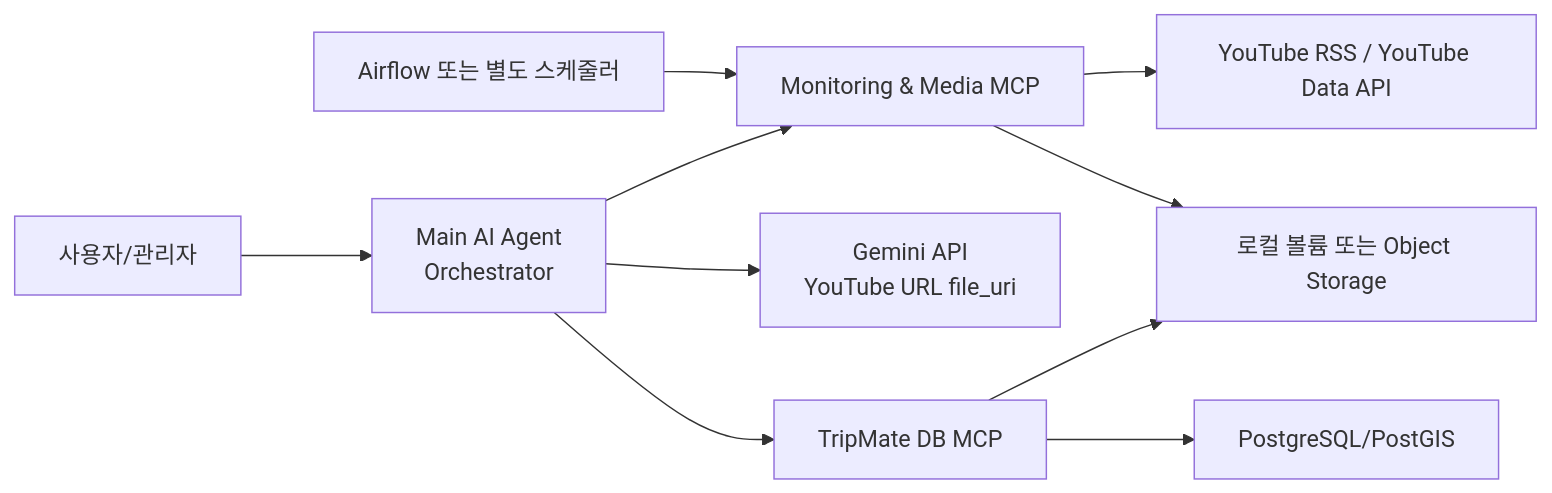
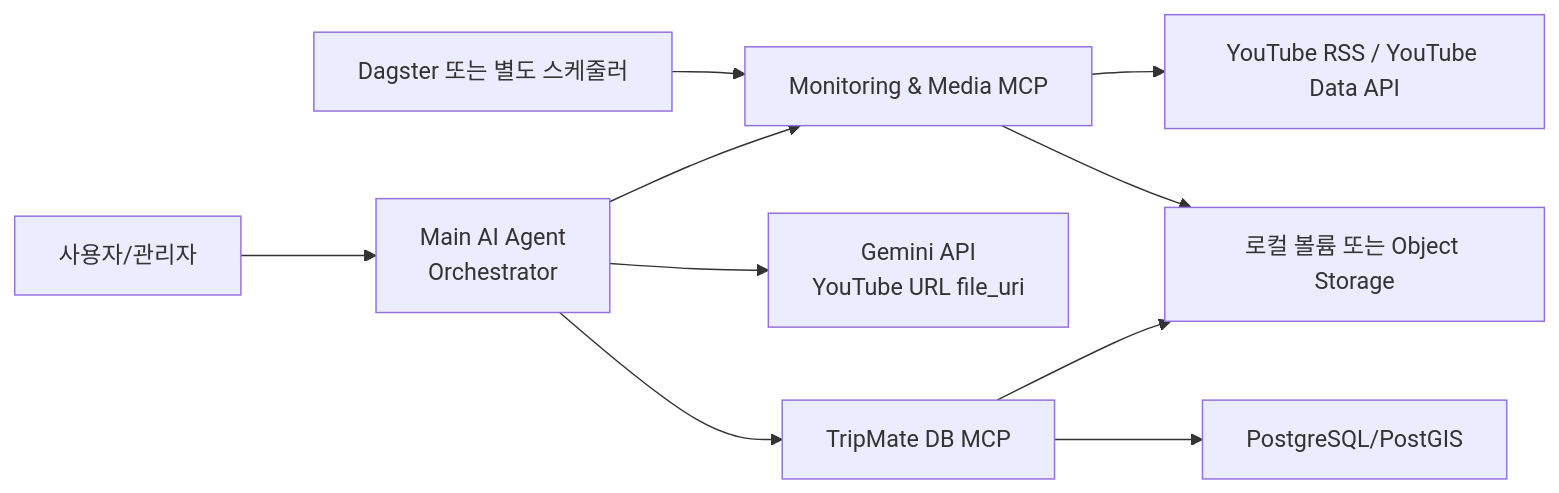
Before and after one commit to digitie/pinvi: the diagram in docs/architecture/youtube-travel-intelligence.md, drawn with Mermaid. The commit also changed 81 other files, not shown here.

````diff
--- a/docs/architecture/youtube-travel-intelligence.md
+++ b/docs/architecture/youtube-travel-intelligence.md
@@ -44,12 +44,12 @@
 ```mermaid
 flowchart LR
   user["사용자/관리자"] --> orchestrator["Main AI Agent<br/>Orchestrator"]
-  scheduler["Airflow 또는 별도 스케줄러"] --> monitor["Monitoring & Media MCP"]
+  scheduler["Dagster 또는 별도 스케줄러"] --> monitor["Monitoring & Media MCP"]
   orchestrator --> monitor
   monitor --> yt["YouTube RSS / YouTube Data API"]
   orchestrator --> gemini["Gemini API<br/>YouTube URL file_uri"]
   orchestrator --> dbmcp["TripMate DB MCP"]
   dbmcp --> db["PostgreSQL/PostGIS"]
   monitor --> media["로컬 볼륨 또는 Object Storage"]
   dbmcp --> media
 ```
````
